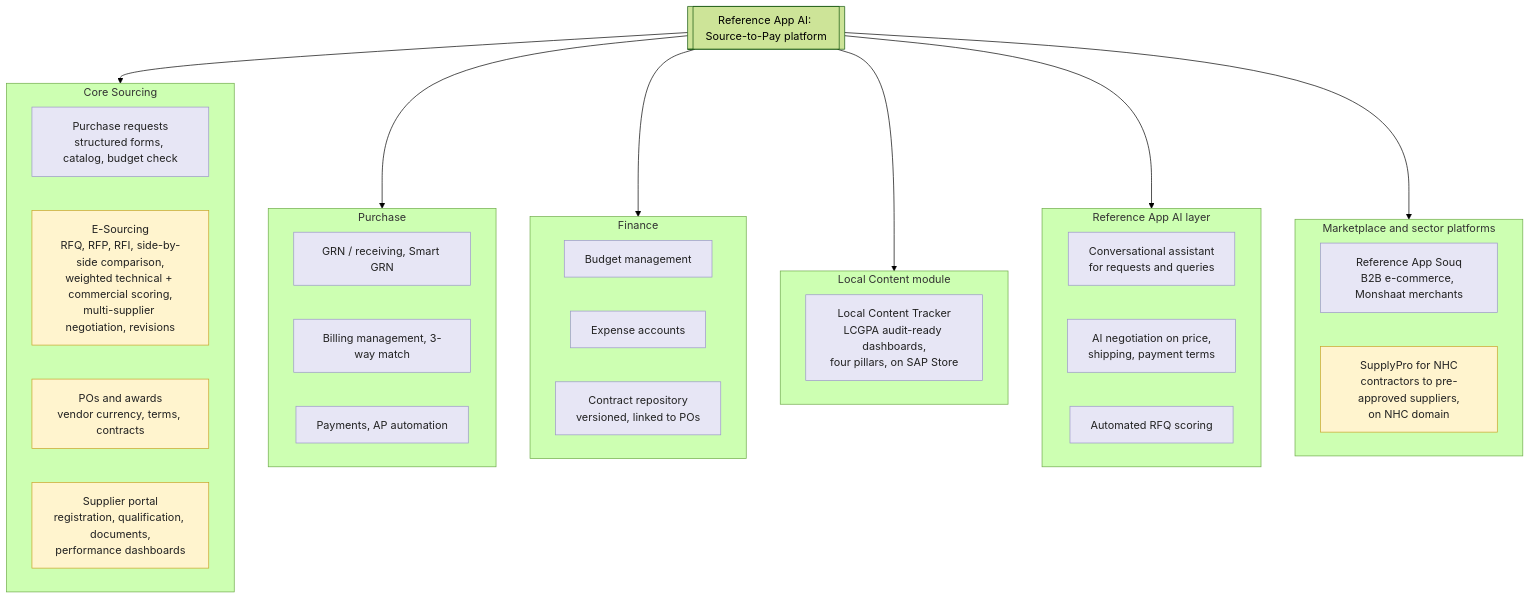
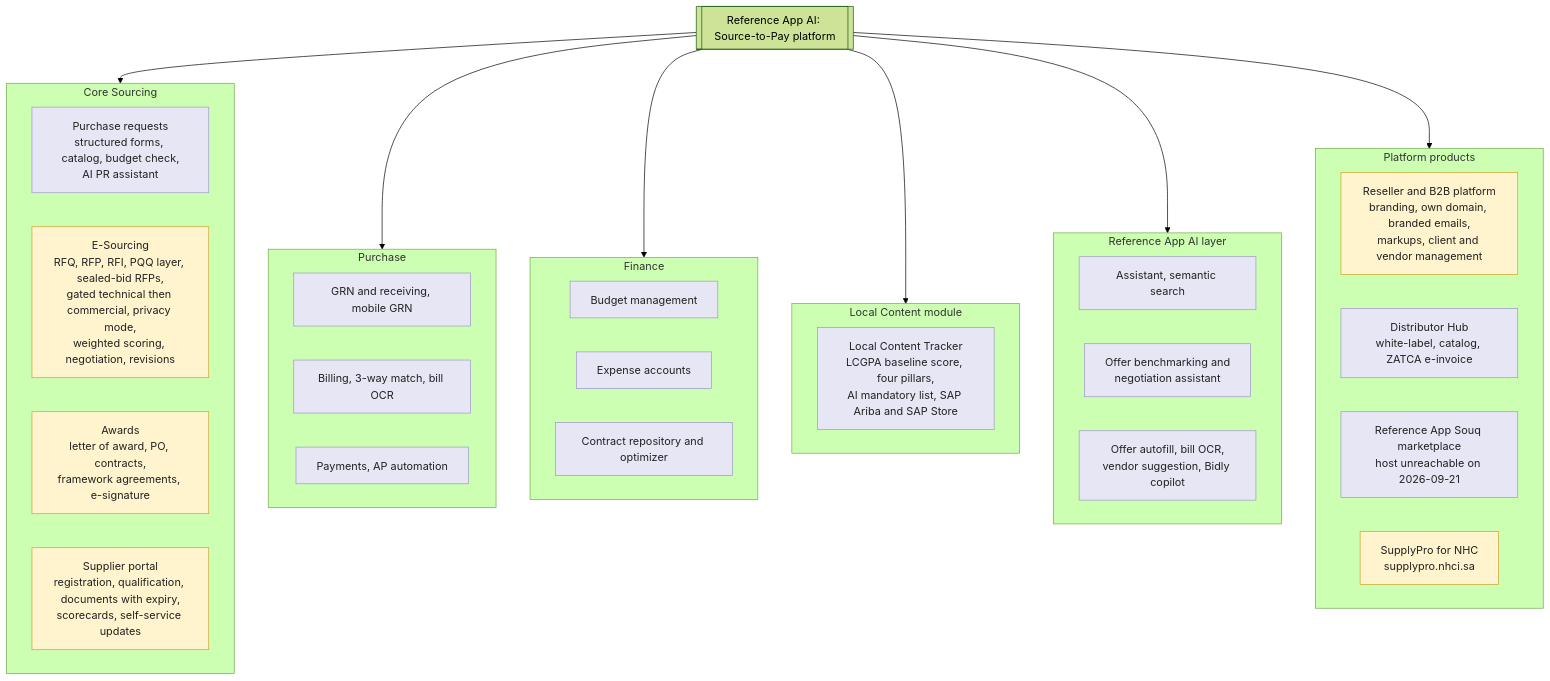
Before and after one commit to AhmedAssaf/ERP: the first of 4 diagrams in docs/04-reference-app-analysis.md, drawn with Mermaid (forest theme). The commit also changed other lines of this file and 1 other file, not shown here.

First line of the commit message:
Reference App full-site sweep: correct claims, reword differentiators

````diff
--- a/docs/04-reference-app-analysis.md
+++ b/docs/04-reference-app-analysis.md
@@ -24,43 +28,45 @@
 ```mermaid
 flowchart TB
     classDef overlap fill:#FFF4CE,stroke:#C9A227,color:#222
     classDef refapp fill:#E7E6F5,stroke:#9B96C9,color:#222
 
     P[["Reference App AI: Source-to-Pay platform"]]
 
     subgraph CS["Core Sourcing"]
-        PR[Purchase requests<br/>structured forms, catalog, budget check]:::refapp
-        ES[E-Sourcing<br/>RFQ, RFP, RFI, side-by-side comparison,<br/>weighted technical + commercial scoring,<br/>multi-supplier negotiation, revisions]:::overlap
-        PO[POs and awards<br/>vendor currency, terms, contracts]:::overlap
-        SP[Supplier portal<br/>registration, qualification, documents,<br/>performance dashboards]:::overlap
+        PR[Purchase requests<br/>structured forms, catalog, budget check,<br/>AI PR assistant]:::refapp
+        ES[E-Sourcing<br/>RFQ, RFP, RFI, PQQ layer, sealed-bid RFPs,<br/>gated technical then commercial, privacy mode,<br/>weighted scoring, negotiation, revisions]:::overlap
+        PO[Awards<br/>letter of award, PO, contracts,<br/>framework agreements, e-signature]:::overlap
+        SP[Supplier portal<br/>registration, qualification, documents with expiry,<br/>scorecards, self-service updates]:::overlap
     end
 
     subgraph PU["Purchase"]
-        GRN[GRN / receiving, Smart GRN]:::refapp
-        BILL[Billing management, 3-way match]:::refapp
+        GRN[GRN and receiving, mobile GRN]:::refapp
+        BILL[Billing, 3-way match, bill OCR]:::refapp
         PAY[Payments, AP automation]:::refapp
     end
 
     subgraph FI["Finance"]
         BUD[Budget management]:::refapp
         EXP[Expense accounts]:::refapp
-        CON[Contract repository<br/>versioned, linked to POs]:::refapp
+        CON[Contract repository and optimizer]:::refapp
     end
 
     subgraph LC["Local Content module"]
-        LCT[Local Content Tracker<br/>LCGPA audit-ready dashboards,<br/>four pillars, on SAP Store]:::refapp
+        LCT[Local Content Tracker<br/>LCGPA baseline score, four pillars,<br/>AI mandatory list, SAP Ariba and SAP Store]:::refapp
     end
 
     subgraph AI["Reference App AI layer"]
-        A1[Conversational assistant<br/>for requests and queries]:::refapp
-        A2[AI negotiation on price,<br/>shipping, payment terms]:::refapp
-        A3[Automated RFQ scoring]:::refapp
+        A1[Assistant, semantic search]:::refapp
+        A2[Offer benchmarking and<br/>negotiation assistant]:::refapp
+        A3[Offer autofill, bill OCR,<br/>vendor suggestion, Bidly copilot]:::refapp
     end
 
-    subgraph MK["Marketplace and sector platforms"]
-        SQ[Reference App Souq<br/>B2B e-commerce, Monshaat merchants]:::refapp
-        NHC[SupplyPro for NHC<br/>contractors to pre-approved suppliers,<br/>on NHC domain]:::overlap
+    subgraph WL["Platform products"]
+        RS[Reseller and B2B platform<br/>branding, own domain, branded emails,<br/>markups, client and vendor management]:::overlap
+        DH[Distributor Hub<br/>white-label, catalog, ZATCA e-invoice]:::refapp
+        SQ[Reference App Souq marketplace<br/>host unreachable on 2026-09-21]:::refapp
+        NHC[SupplyPro for NHC<br/>supplypro.nhci.sa]:::overlap
     end
 
-    P --> CS & PU & FI & LC & AI & MK
+    P --> CS & PU & FI & LC & AI & WL
 ```
````
